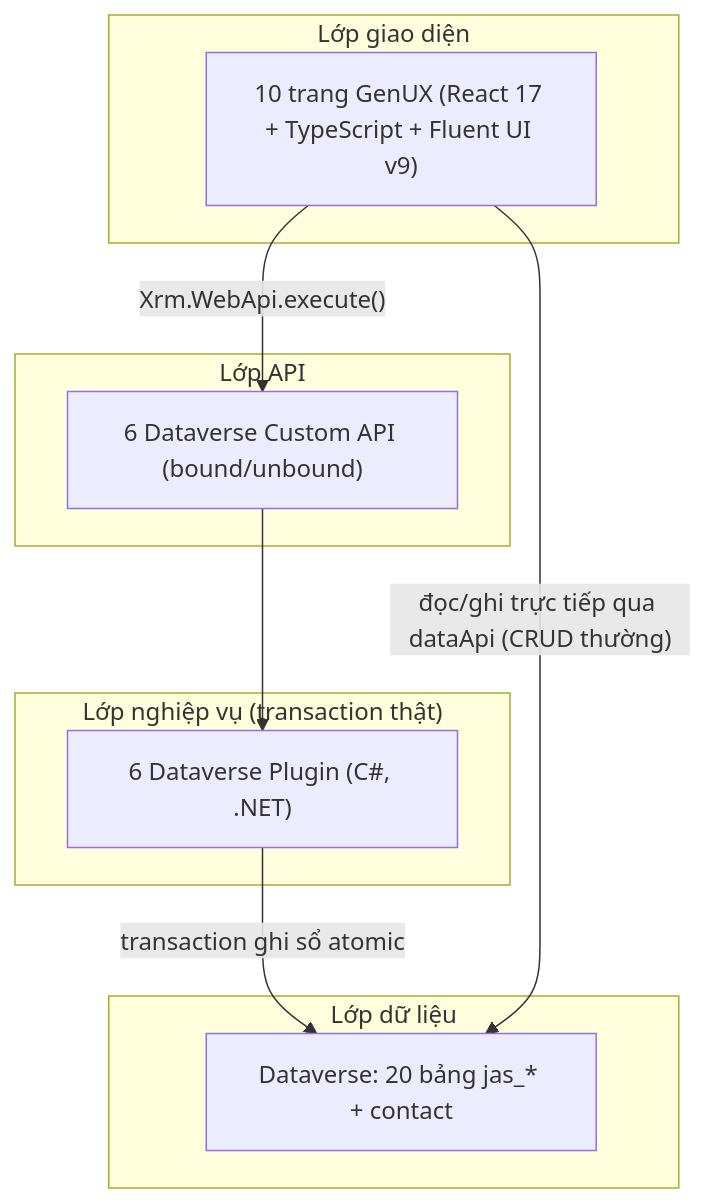
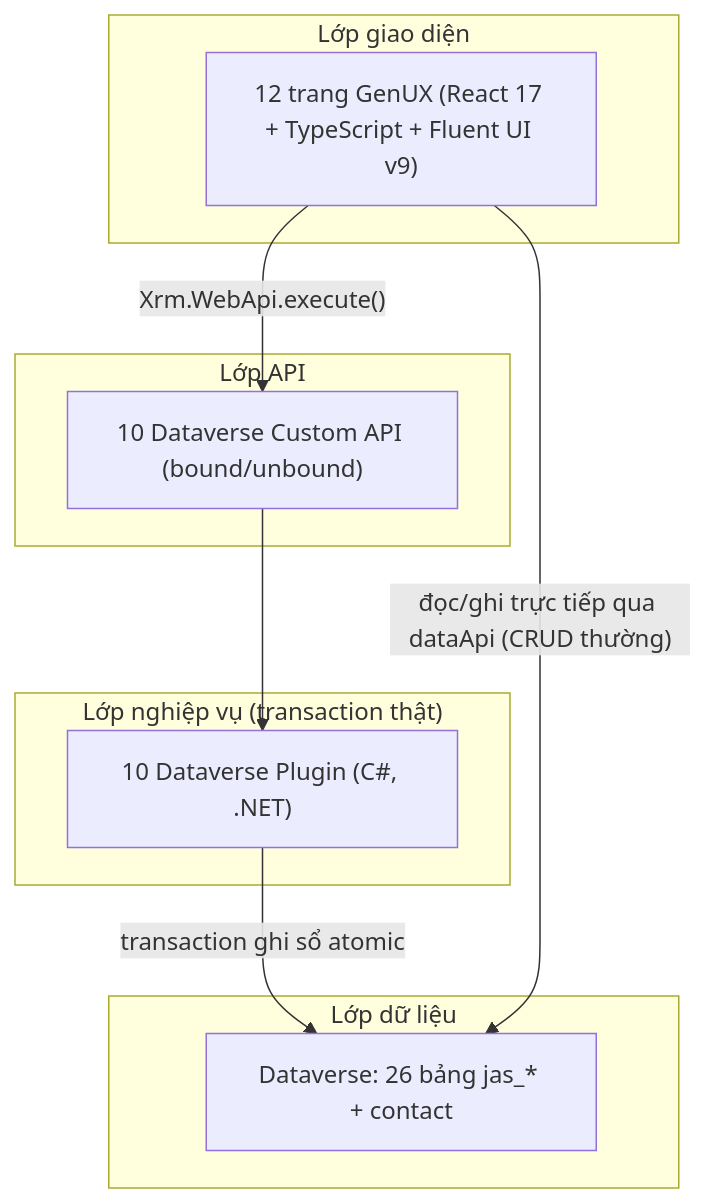
Before and after one commit to hungtv210/jas-wiki: the first of 3 diagrams in 02-design.md, drawn with Mermaid. The commit also changed other lines of this file and 4 other files, not shown here.

Commit message:
Add UAT test-case doc + sync Payroll/Cash Flow/Reversal doc updates

````diff
--- a/02-design.md
+++ b/02-design.md
@@ -9,19 +9,19 @@
 ```mermaid
 flowchart TB
     subgraph UI["Lớp giao diện"]
-        GX["10 trang GenUX (React 17 + TypeScript + Fluent UI v9)"]
+        GX["12 trang GenUX (React 17 + TypeScript + Fluent UI v9)"]
     end
     subgraph API["Lớp API"]
-        CA["6 Dataverse Custom API (bound/unbound)"]
+        CA["10 Dataverse Custom API (bound/unbound)"]
     end
     subgraph LOGIC["Lớp nghiệp vụ (transaction thật)"]
-        PL["6 Dataverse Plugin (C#, .NET)"]
+        PL["10 Dataverse Plugin (C#, .NET)"]
     end
     subgraph DATA["Lớp dữ liệu"]
-        DV["Dataverse: 20 bảng jas_* + contact"]
+        DV["Dataverse: 26 bảng jas_* + contact"]
     end
     GX -->|"Xrm.WebApi.execute()"| CA
     CA --> PL
     PL -->|"transaction ghi sổ atomic"| DV
     GX -->|"đọc/ghi trực tiếp qua dataApi (CRUD thường)"| DV
 ```
````
